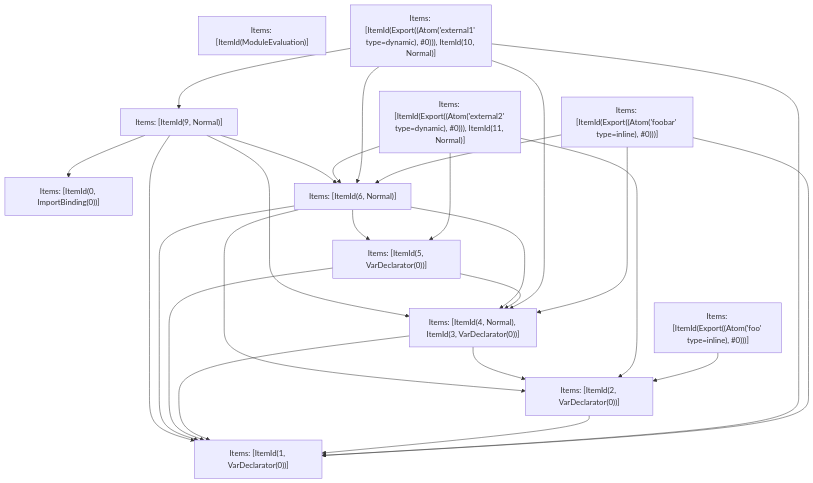
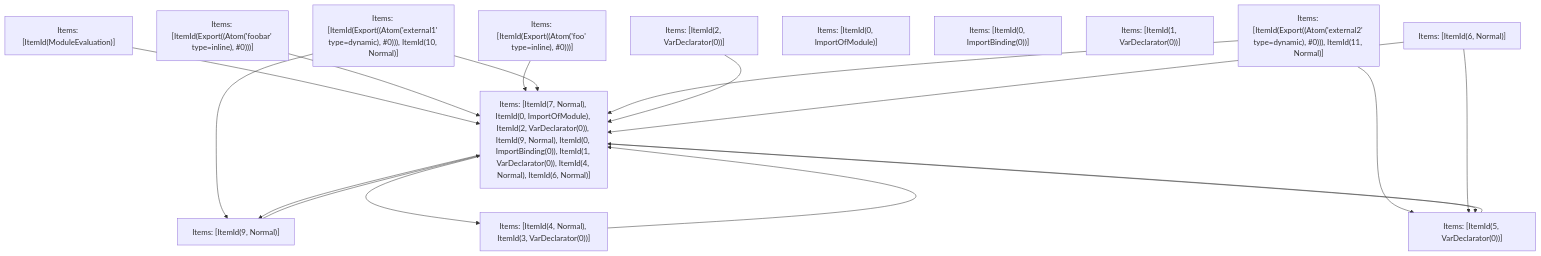
The fifth of 5 diagrams in crates/turbopack-ecmascript/tests/tree-shaker/analyzer/1/output.md (vercel/turborepo), drawn with Mermaid before and after one commit. The commit also changed 2 other files, not shown here.

Commit message:
Update test refs

````diff
--- a/crates/turbopack-ecmascript/tests/tree-shaker/analyzer/1/output.md
+++ b/crates/turbopack-ecmascript/tests/tree-shaker/analyzer/1/output.md
@@ -341,39 +341,33 @@
 ```mermaid
 graph TD
     N0["Items: [ItemId(ModuleEvaluation)]"];
     N1["Items: [ItemId(Export((Atom('foobar' type=inline), #0)))]"];
     N2["Items: [ItemId(Export((Atom('foo' type=inline), #0)))]"];
     N3["Items: [ItemId(Export((Atom('external1' type=dynamic), #0))), ItemId(10, Normal)]"];
     N4["Items: [ItemId(Export((Atom('external2' type=dynamic), #0))), ItemId(11, Normal)]"];
-    N5["Items: [ItemId(0, ImportBinding(0))]"];
-    N6["Items: [ItemId(1, VarDeclarator(0))]"];
-    N7["Items: [ItemId(2, VarDeclarator(0))]"];
-    N8["Items: [ItemId(4, Normal), ItemId(3, VarDeclarator(0))]"];
-    N9["Items: [ItemId(5, VarDeclarator(0))]"];
-    N10["Items: [ItemId(6, Normal)]"];
-    N11["Items: [ItemId(9, Normal)]"];
-    N1 --> N6;
-    N1 --> N8;
-    N1 --> N10;
-    N2 --> N7;
-    N3 --> N11;
-    N3 --> N6;
-    N3 --> N8;
-    N3 --> N10;
-    N4 --> N7;
-    N4 --> N9;
+    N5["Items: [ItemId(0, ImportOfModule)]"];
+    N6["Items: [ItemId(0, ImportBinding(0))]"];
+    N7["Items: [ItemId(1, VarDeclarator(0))]"];
+    N8["Items: [ItemId(2, VarDeclarator(0))]"];
+    N9["Items: [ItemId(4, Normal), ItemId(3, VarDeclarator(0))]"];
+    N10["Items: [ItemId(5, VarDeclarator(0))]"];
+    N11["Items: [ItemId(6, Normal)]"];
+    N12["Items: [ItemId(7, Normal), ItemId(0, ImportOfModule), ItemId(2, VarDeclarator(0)), ItemId(9, Normal), ItemId(0, ImportBinding(0)), ItemId(1, VarDeclarator(0)), ItemId(4, Normal), ItemId(6, Normal)]"];
+    N13["Items: [ItemId(9, Normal)]"];
+    N0 --> N12;
+    N1 --> N12;
+    N2 --> N12;
+    N3 --> N13;
+    N3 --> N12;
+    N4 --> N12;
     N4 --> N10;
-    N7 --> N6;
-    N8 --> N6;
-    N8 --> N7;
-    N9 --> N6;
-    N9 --> N8;
-    N10 --> N6;
-    N10 --> N8;
-    N10 --> N7;
-    N10 --> N9;
-    N11 --> N5;
-    N11 --> N6;
-    N11 --> N8;
+    N8 --> N12;
+    N9 --> N12;
+    N10 --> N12;
+    N11 --> N12;
     N11 --> N10;
+    N12 --> N10;
+    N12 --> N13;
+    N12 --> N9;
+    N13 --> N12;
 ```
````
